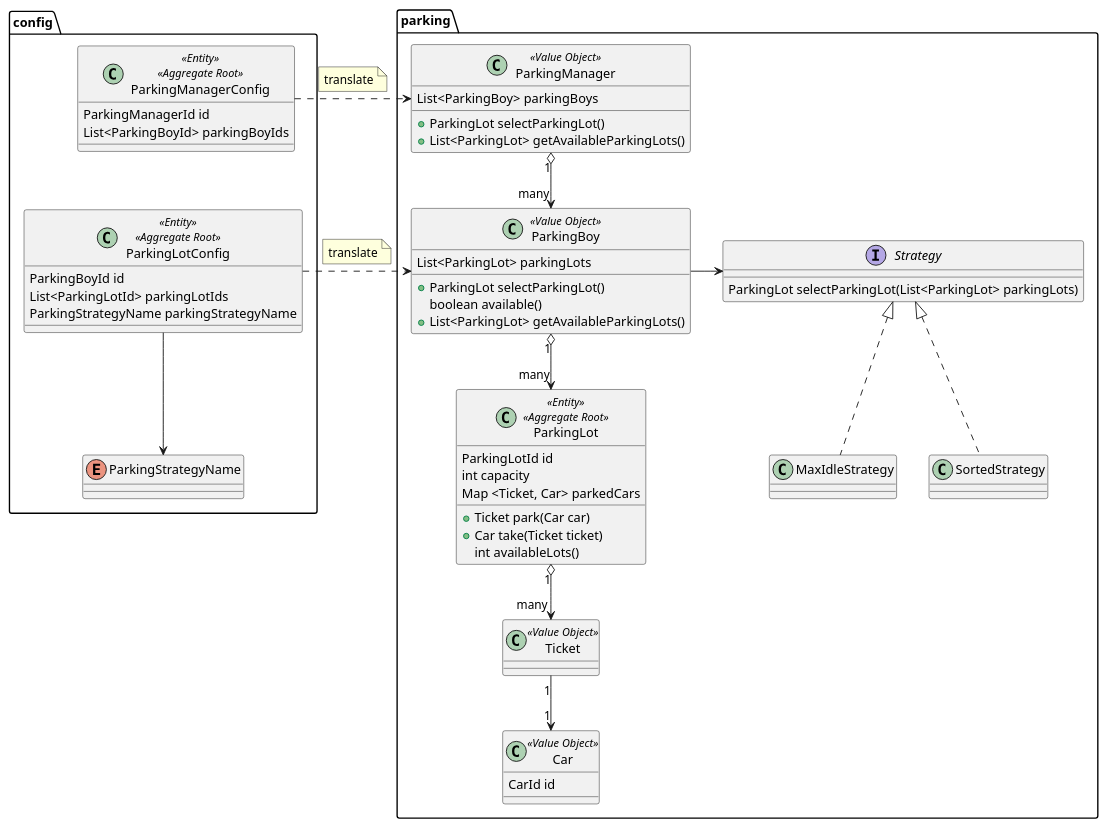
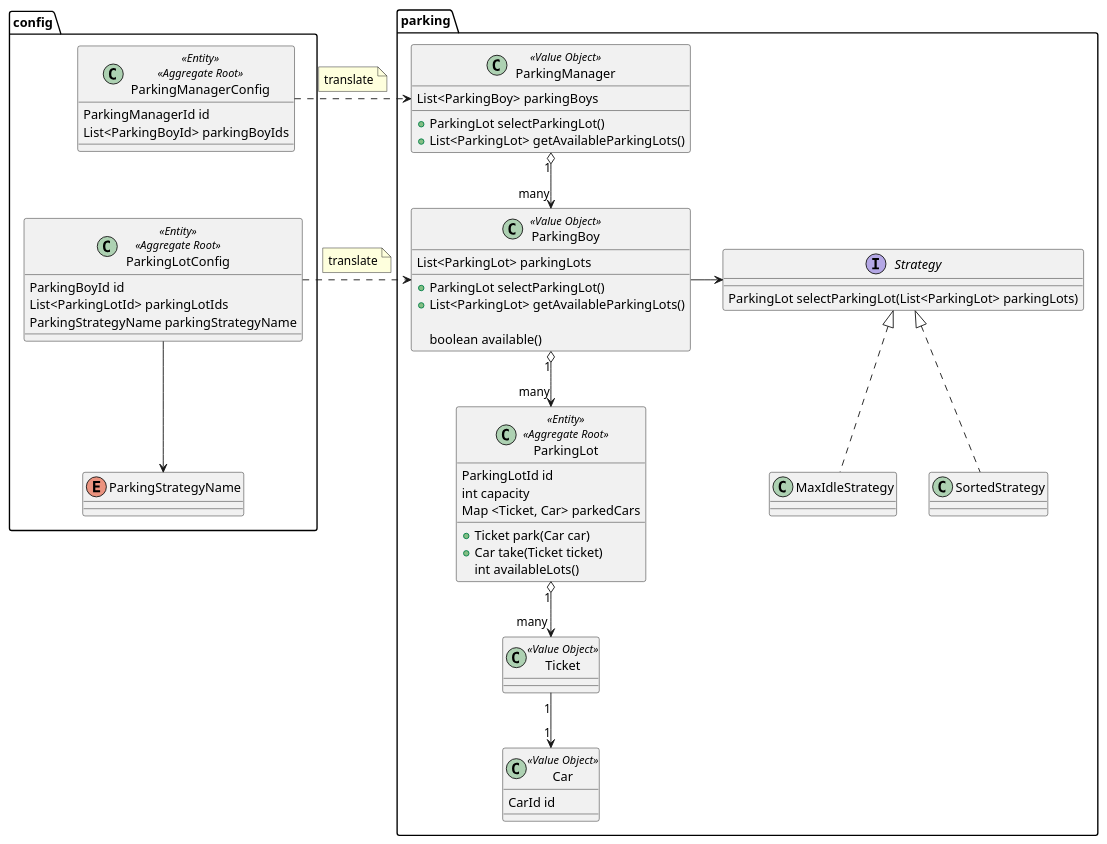
Before and after one commit to dlstonedl/ddd-practice: the diagram in src/main/resources/plantuml/ParkingLotsManagement.puml, drawn with PlantUML. The commit also changed 1 other file, not shown here.

Commit message:
update uml

```diff
--- a/src/main/resources/plantuml/ParkingLotsManagement.puml
+++ b/src/main/resources/plantuml/ParkingLotsManagement.puml
@@ -1,77 +1,79 @@
 @startuml
 
 package config {
   class ParkingManagerConfig <<Entity>> <<Aggregate Root>> {
      ParkingManagerId id
      List<ParkingBoyId> parkingBoyIds
   }
 
   ParkingManagerConfig --[hidden] ParkingLotConfig
 
   class ParkingLotConfig <<Entity>> <<Aggregate Root>> {
     ParkingBoyId id
     List<ParkingLotId> parkingLotIds
     ParkingStrategyName parkingStrategyName
   }
 
   enum ParkingStrategyName
   ParkingLotConfig --> ParkingStrategyName
 }
 
 
 package parking {
   class ParkingManager <<Value Object>> {
     List<ParkingBoy> parkingBoys
 
     + ParkingLot selectParkingLot()
     + List<ParkingLot> getAvailableParkingLots()
   }
   ParkingManagerConfig .> ParkingManager
   note top on link
     translate
   end note
   ParkingManager  "1" o--> "many" ParkingBoy
 
   class ParkingBoy <<Value Object>> {
     List<ParkingLot> parkingLots
 
     + ParkingLot selectParkingLot()
+    + List<ParkingLot> getAvailableParkingLots()
+
     boolean available()
-    + List<ParkingLot> getAvailableParkingLots()
+
   }
   ParkingLotConfig .> ParkingBoy
   note top on link
     translate
   end note
 
   interface Strategy {
     ParkingLot selectParkingLot(List<ParkingLot> parkingLots)
   }
   class SortedStrategy
   class MaxIdleStrategy
   Strategy <|.. SortedStrategy
   Strategy <|.. MaxIdleStrategy
   ParkingBoy -> Strategy
 
   class ParkingLot <<Entity>> <<Aggregate Root>> {
     ParkingLotId id
     int capacity
     Map <Ticket, Car> parkedCars
 
     + Ticket park(Car car)
     + Car take(Ticket ticket)
     int availableLots()
   }
 
   Class Car <<Value Object>> {
       CarId id
   }
 
   Class Ticket <<Value Object>> {
   }
 
   Ticket "1" --> "1" Car
   ParkingLot "1" o--> "many" Ticket
   ParkingBoy "1" o--> "many" ParkingLot
 }
 @enduml
```
